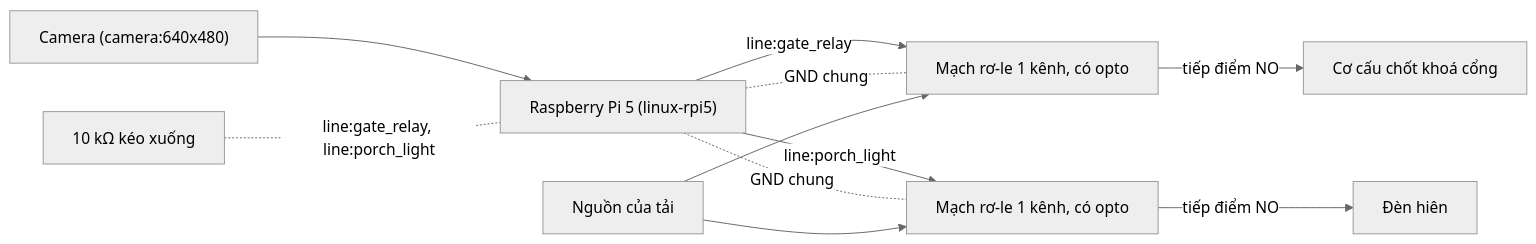
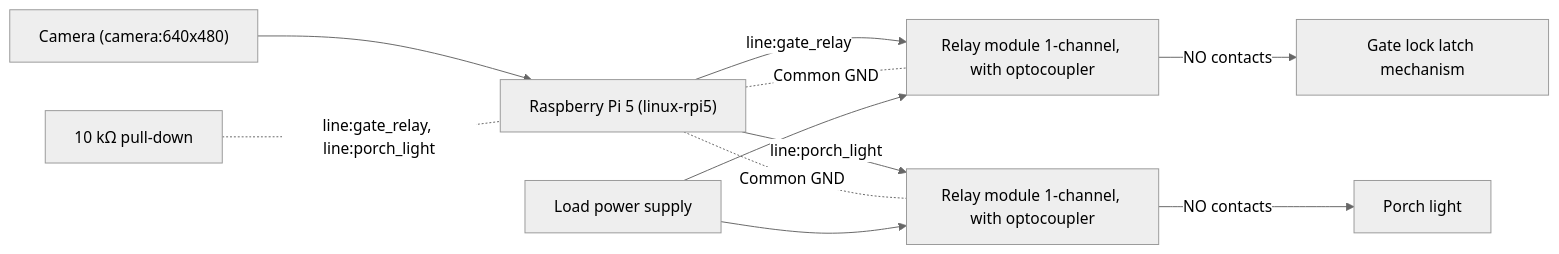
Before and after one commit to letrongminh/neuroedge-init: the diagram in docs/user/kit-camera-cong.md, drawn with Mermaid (neutral theme). The commit also changed other lines of this file and 57 other files, not shown here.

Commit message:
docs in English: spec, architecture 00-05, RFCs, user docs, kits, partner guides, demos, reports, Blueprint proposal

````diff
--- a/docs/user/kit-camera-cong.md
+++ b/docs/user/kit-camera-cong.md
@@ -52,13 +51,13 @@
 ```mermaid
 flowchart LR
   CAM["Camera (camera:640x480)"] --> PI["Raspberry Pi 5 (linux-rpi5)"]
-  PI -->|"line:gate_relay"| RG["Mạch rơ-le 1 kênh, có opto"]
-  PI -->|"line:porch_light"| RL["Mạch rơ-le 1 kênh, có opto"]
-  PI -. "GND chung" .- RG
-  PI -. "GND chung" .- RL
-  PSU["Nguồn của tải"] --> RG
+  PI -->|"line:gate_relay"| RG["Relay module 1-channel, with optocoupler"]
+  PI -->|"line:porch_light"| RL["Relay module 1-channel, with optocoupler"]
+  PI -. "Common GND" .- RG
+  PI -. "Common GND" .- RL
+  PSU["Load power supply"] --> RG
   PSU --> RL
-  RG -->|"tiếp điểm NO"| LOCK["Cơ cấu chốt khoá cổng"]
-  RL -->|"tiếp điểm NO"| LAMP["Đèn hiên"]
-  PD["10 kΩ kéo xuống"] -. "line:gate_relay, line:porch_light" .- PI
+  RG -->|"NO contacts"| LOCK["Gate lock latch mechanism"]
+  RL -->|"NO contacts"| LAMP["Porch light"]
+  PD["10 kΩ pull-down"] -. "line:gate_relay, line:porch_light" .- PI
 ```
````
